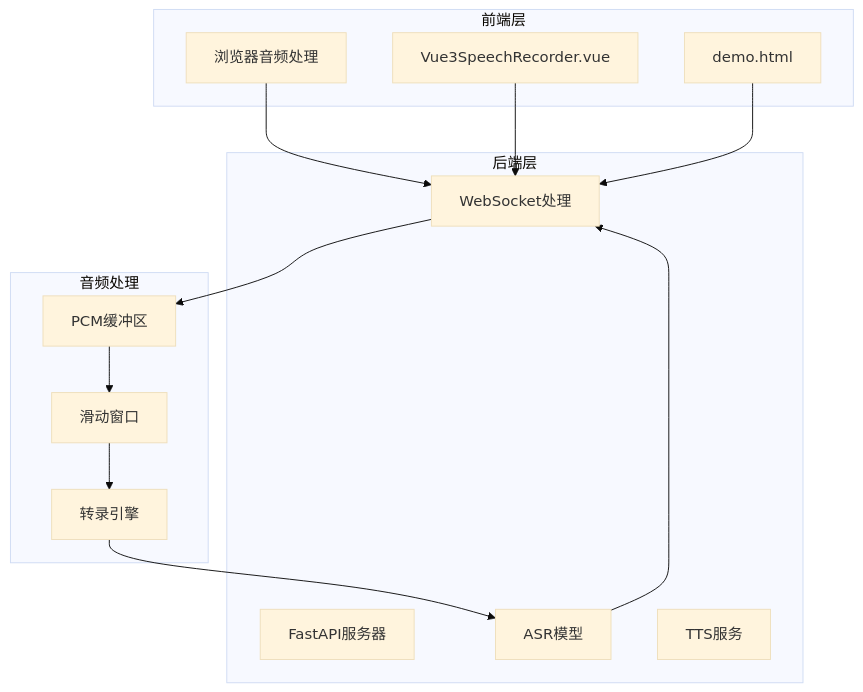
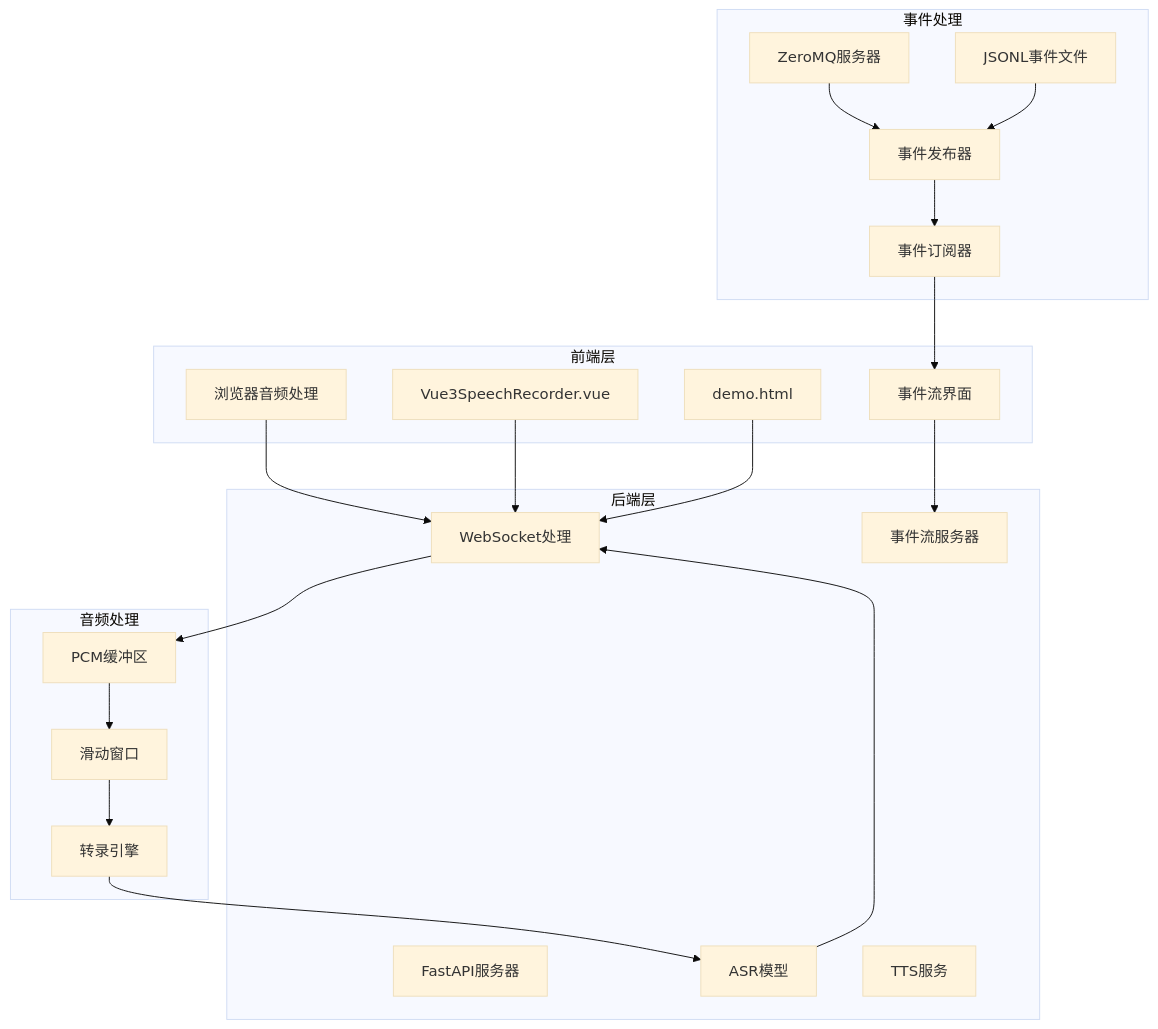
One commit to 1024dashen/Vue3Speech changed the first of 11 diagrams in .qoder/repowiki/zh/content/后端服务架构/WebSocket实时处理.md. Above: the diagram before and after it, drawn with Mermaid (base theme). The commit also changed other lines of this file and 13 other files, not shown here.

````diff
--- a/.qoder/repowiki/zh/content/后端服务架构/WebSocket实时处理.md
+++ b/.qoder/repowiki/zh/content/后端服务架构/WebSocket实时处理.md
@@ -34,27 +48,40 @@
 ```mermaid
 graph TB
 subgraph "前端层"
 Vue[Vue3SpeechRecorder.vue]
 Demo[demo.html]
 Browser[浏览器音频处理]
+EventUI[事件流界面]
 end
 subgraph "后端层"
 FastAPI[FastAPI服务器]
 WebSocket[WebSocket处理]
 ASR[ASR模型]
 TTS[TTS服务]
+EventServer[事件流服务器]
 end
 subgraph "音频处理"
 Buffer[PCM缓冲区]
 Window[滑动窗口]
 Transcribe[转录引擎]
 end
+subgraph "事件处理"
+ZMQServer[ZeroMQ服务器]
+EventPublisher[事件发布器]
+EventSubscriber[事件订阅器]
+EventFile[JSONL事件文件]
+end
 Browser --> WebSocket
 Vue --> WebSocket
 Demo --> WebSocket
+EventUI --> EventServer
 WebSocket --> Buffer
 Buffer --> Window
 Window --> Transcribe
 Transcribe --> ASR
 ASR --> WebSocket
+ZMQServer --> EventPublisher
+EventPublisher --> EventSubscriber
+EventFile --> EventPublisher
+EventSubscriber --> EventUI
 ```
````
